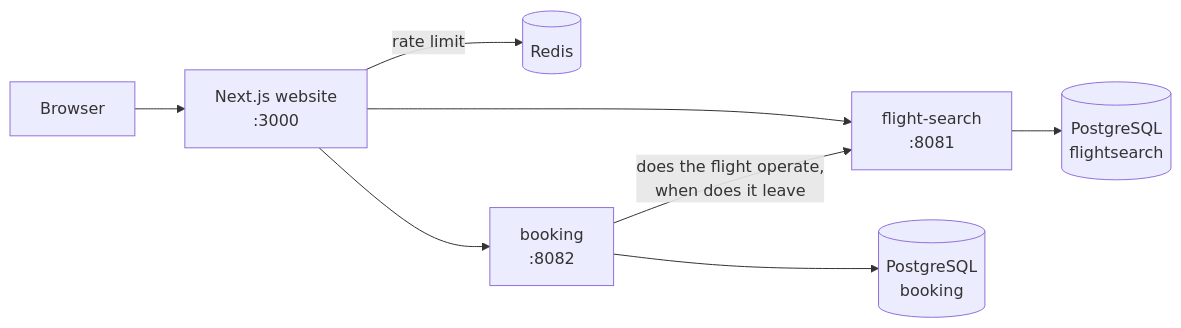
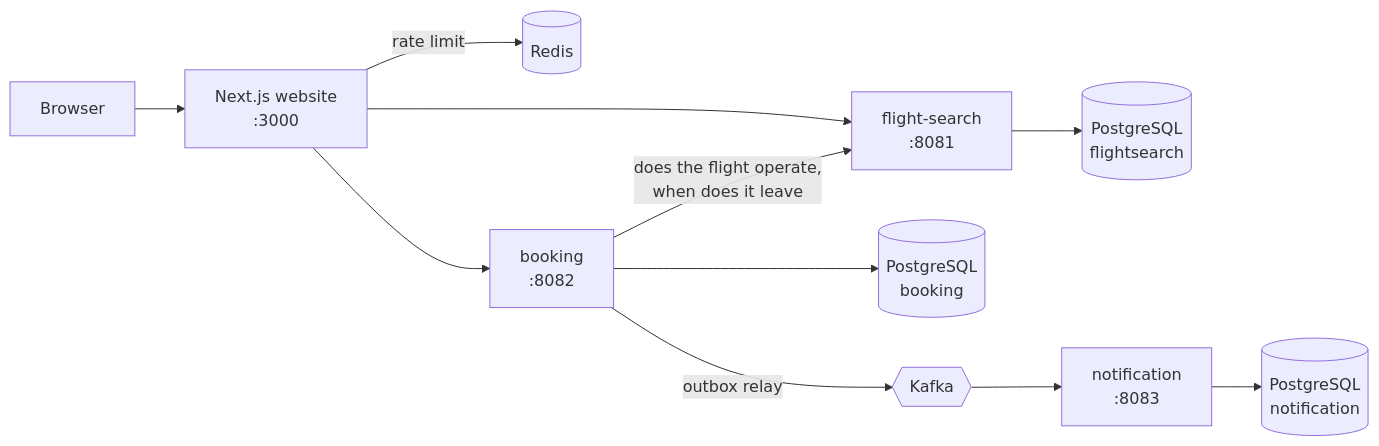
The diagram in README.md (sudeshkar/SkyHub), drawn with Mermaid before and after one commit. The commit also changed other lines of this file and 51 other files, not shown here.

First line of the commit message:
Booking-confirmed email through a transactional outbox, Kafka and a notification service (ADR-0019)

````diff
--- a/README.md
+++ b/README.md
@@ -35,10 +35,13 @@
 ```mermaid
 flowchart LR
     B[Browser] --> W[Next.js website<br/>:3000]
     W -->|rate limit| R[(Redis)]
     W --> FS[flight-search<br/>:8081]
     W --> BK[booking<br/>:8082]
     BK -->|does the flight operate,<br/>when does it leave| FS
     FS --> P1[(PostgreSQL<br/>flightsearch)]
     BK --> P2[(PostgreSQL<br/>booking)]
+    BK -->|outbox relay| K{{Kafka}}
+    K --> N[notification<br/>:8083]
+    N --> P3[(PostgreSQL<br/>notification)]
 ```
````
